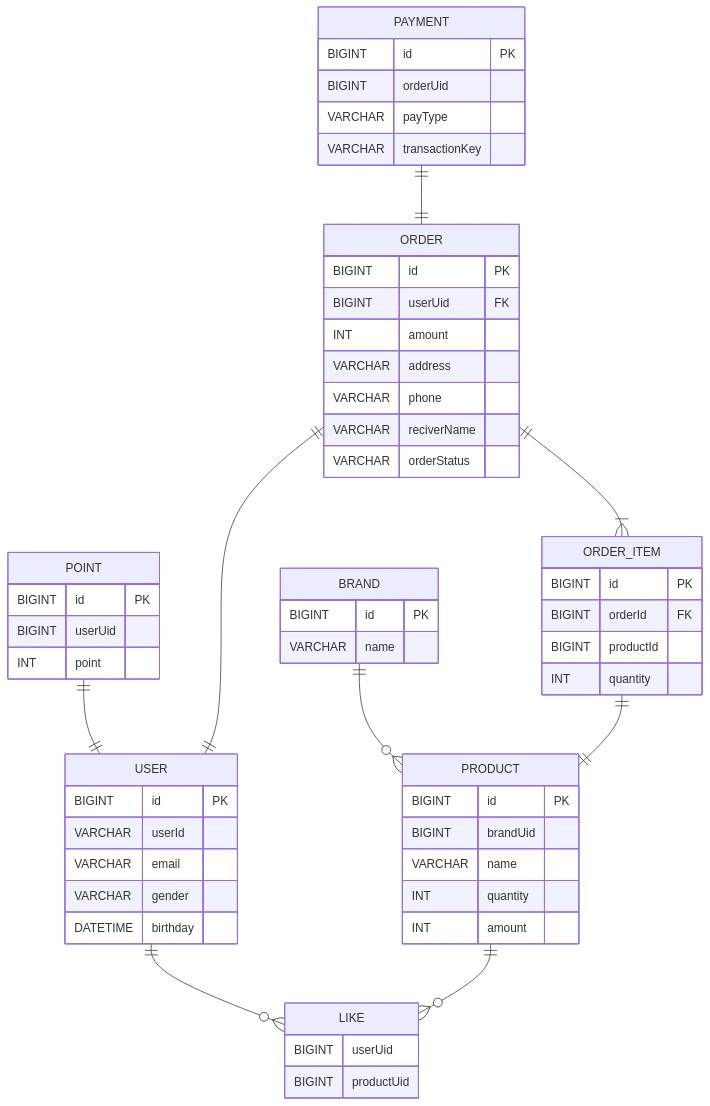
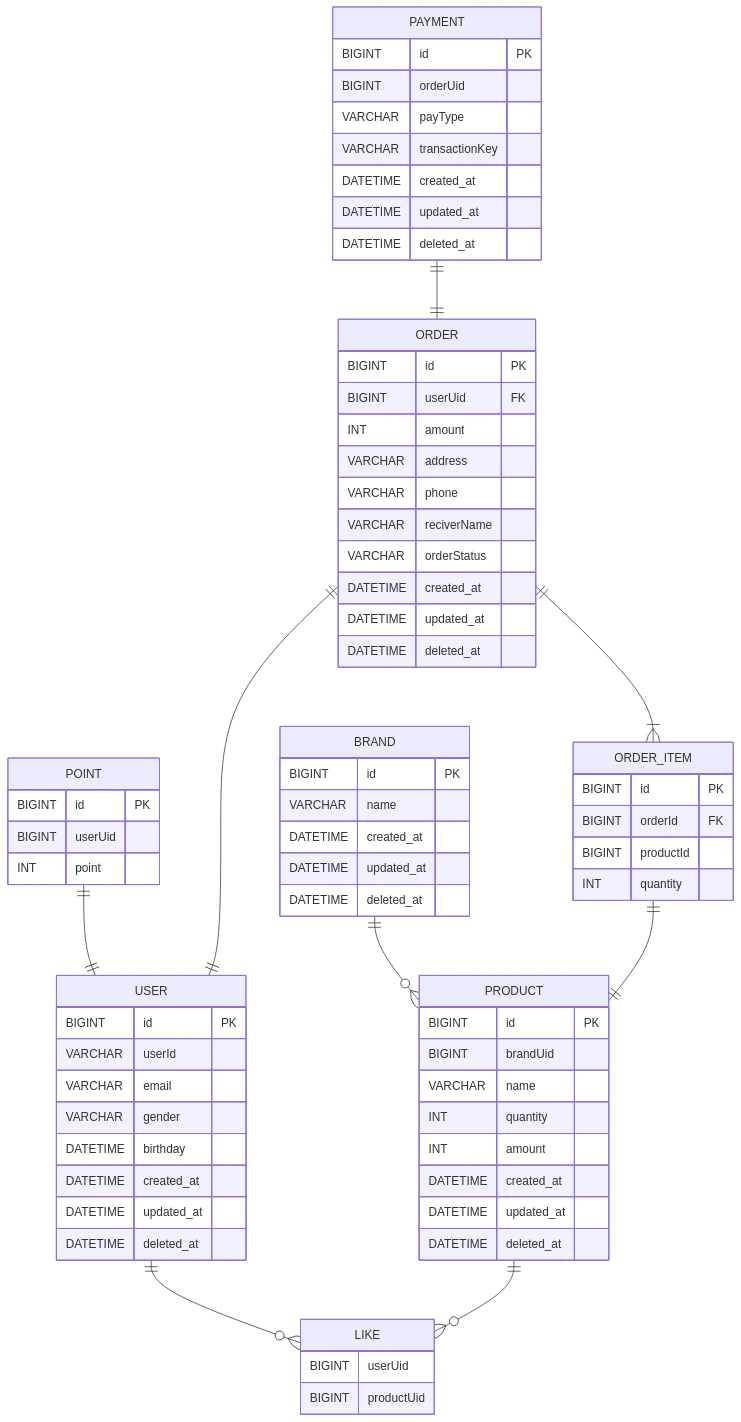
Before and after one commit to donghyeon3813/vibe-commerce: the diagram in .docs/04-erd.md, drawn with Mermaid.

Commit message:
fix : 날짜 정보 추가

```diff
--- a/.docs/04-erd.md
+++ b/.docs/04-erd.md
@@ -6,6 +6,9 @@
         VARCHAR email
         VARCHAR gender
         DATETIME birthday
+        DATETIME created_at
+        DATETIME updated_at
+        DATETIME deleted_at
     }
 
     POINT {
@@ -17,6 +20,9 @@
     BRAND {
         BIGINT id PK
         VARCHAR name
+        DATETIME created_at
+        DATETIME updated_at
+        DATETIME deleted_at
     }
 
     PRODUCT {
@@ -25,6 +31,9 @@
         VARCHAR name
         INT quantity
         INT amount
+        DATETIME created_at
+        DATETIME updated_at
+        DATETIME deleted_at
     }
 
     LIKE {
@@ -40,6 +49,9 @@
         VARCHAR phone
         VARCHAR reciverName
         VARCHAR orderStatus
+        DATETIME created_at
+        DATETIME updated_at
+        DATETIME deleted_at
     }
 
     ORDER_ITEM {
@@ -54,6 +66,9 @@
         BIGINT orderUid
         VARCHAR payType
         VARCHAR transactionKey
+        DATETIME created_at
+        DATETIME updated_at
+        DATETIME deleted_at
     }
 
 %% 관계 정의
```
